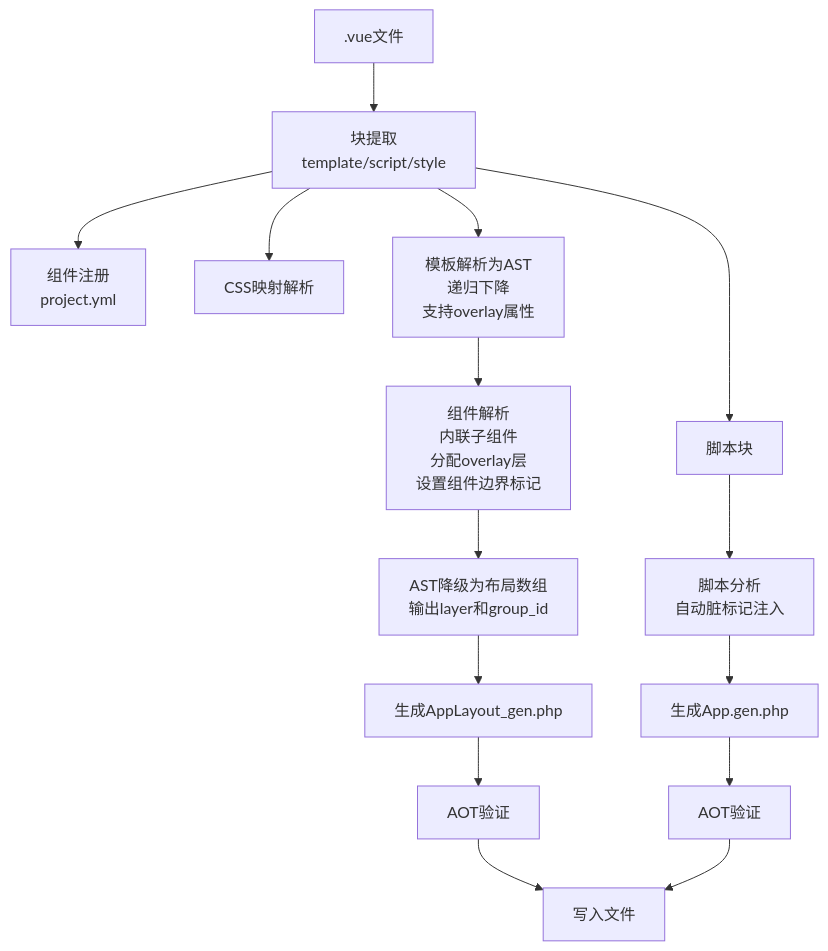
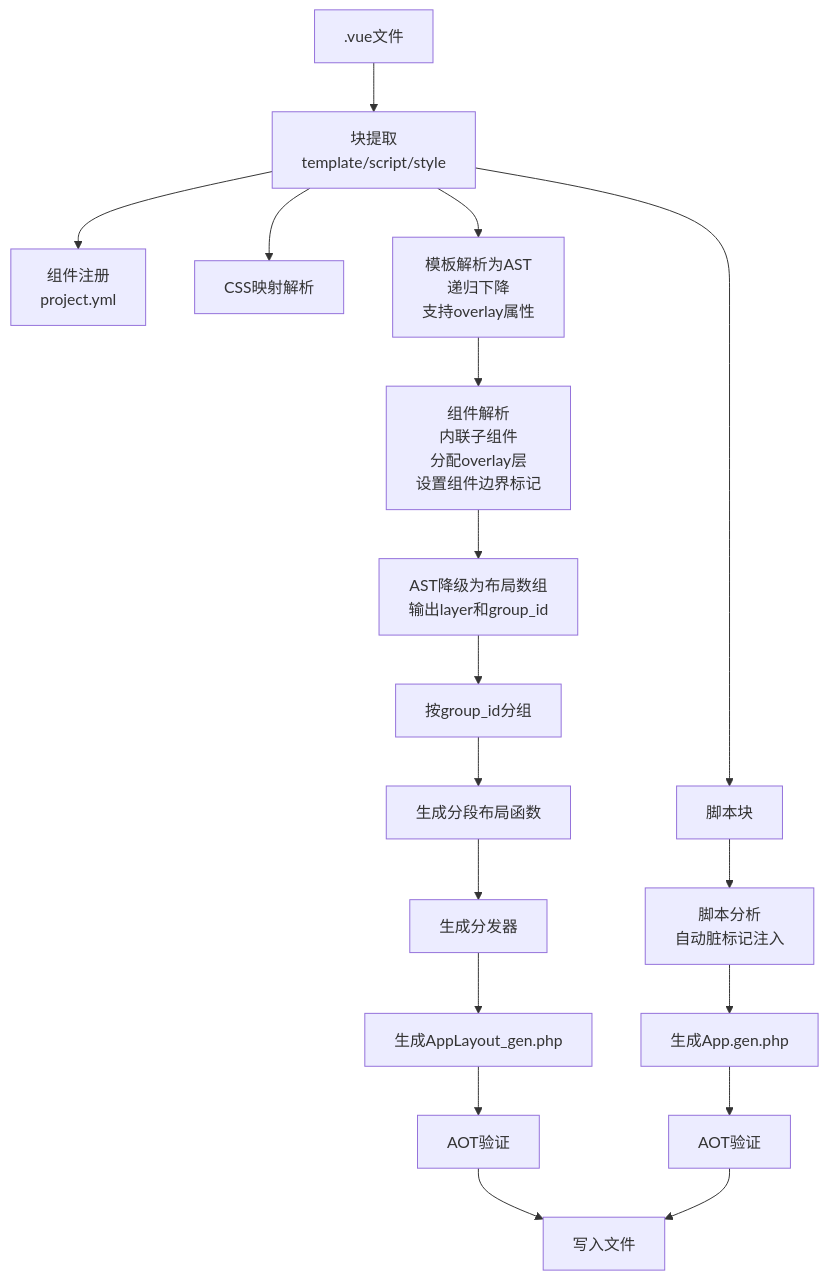
One commit to xingye00186/PHP-Data-UI-Framework-powered-by-swooleAOT changed diagram 15 of 15 in .qoder/repowiki/zh/content/SFC编译器系统/SFC编译器系统.md. Above: the diagram before and after it, drawn with Mermaid. The commit also changed other lines of this file and 10 other files, not shown here.

````diff
--- a/.qoder/repowiki/zh/content/SFC编译器系统/SFC编译器系统.md
+++ b/.qoder/repowiki/zh/content/SFC编译器系统/SFC编译器系统.md
@@ -638,17 +698,20 @@
 ```mermaid
 flowchart TD
 VUE[".vue文件"] --> EXTRACT["块提取<br/>template/script/style"]
 EXTRACT --> REGISTRY["组件注册<br/>project.yml"]
 EXTRACT --> CSSPARSE["CSS映射解析"]
 EXTRACT --> TLPARSE["模板解析为AST<br/>递归下降<br/>支持overlay属性"]
 TLPARSE --> COMPRESOLVE["组件解析<br/>内联子组件<br/>分配overlay层<br/>设置组件边界标记"]
 COMPRESOLVE --> LOWER["AST降级为布局数组<br/>输出layer和group_id"]
-LOWER --> GENLAYOUT["生成AppLayout_gen.php"]
+LOWER --> GROUPBY["按group_id分组"]
+GROUPBY --> SEGMENT["生成分段布局函数"]
+SEGMENT --> DISPATCH["生成分发器"]
+DISPATCH --> GENLAYOUT["生成AppLayout_gen.php"]
 GENLAYOUT --> VALID1["AOT验证"]
 EXTRACT --> SCRIPT["脚本块"]
 SCRIPT --> SCRIPTANALYZE["脚本分析<br/>自动脏标记注入"]
 SCRIPTANALYZE --> GENCLASS["生成App.gen.php"]
 GENCLASS --> VALID2["AOT验证"]
 VALID1 --> WRITE["写入文件"]
 VALID2 --> WRITE
 ```
````
